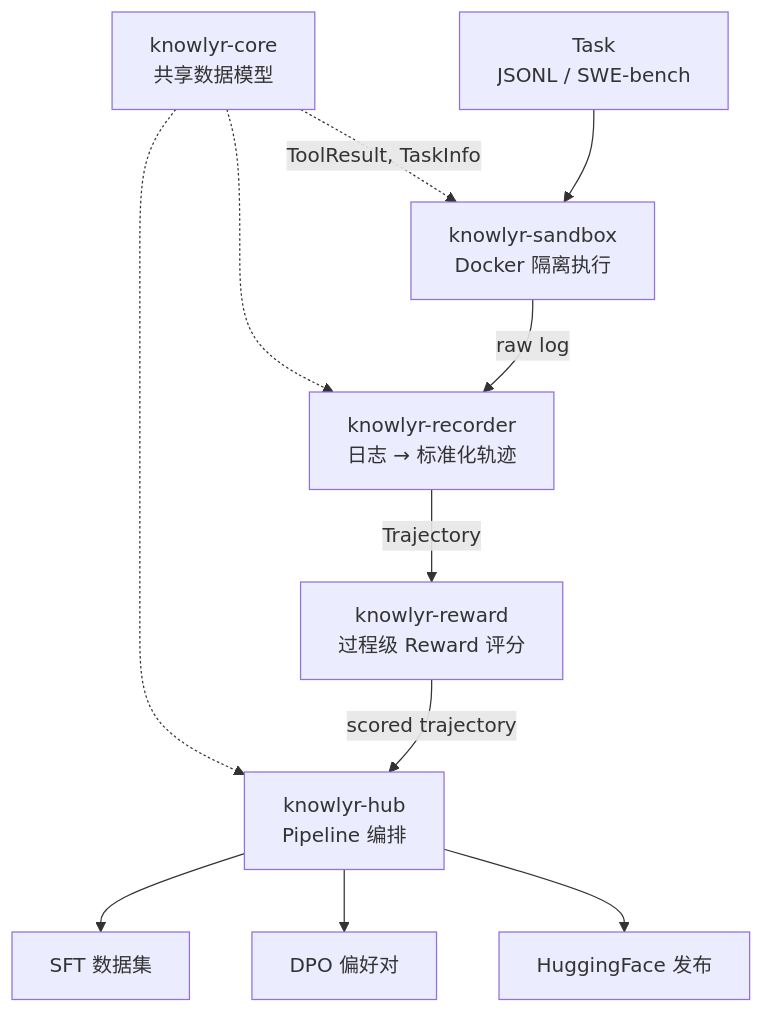
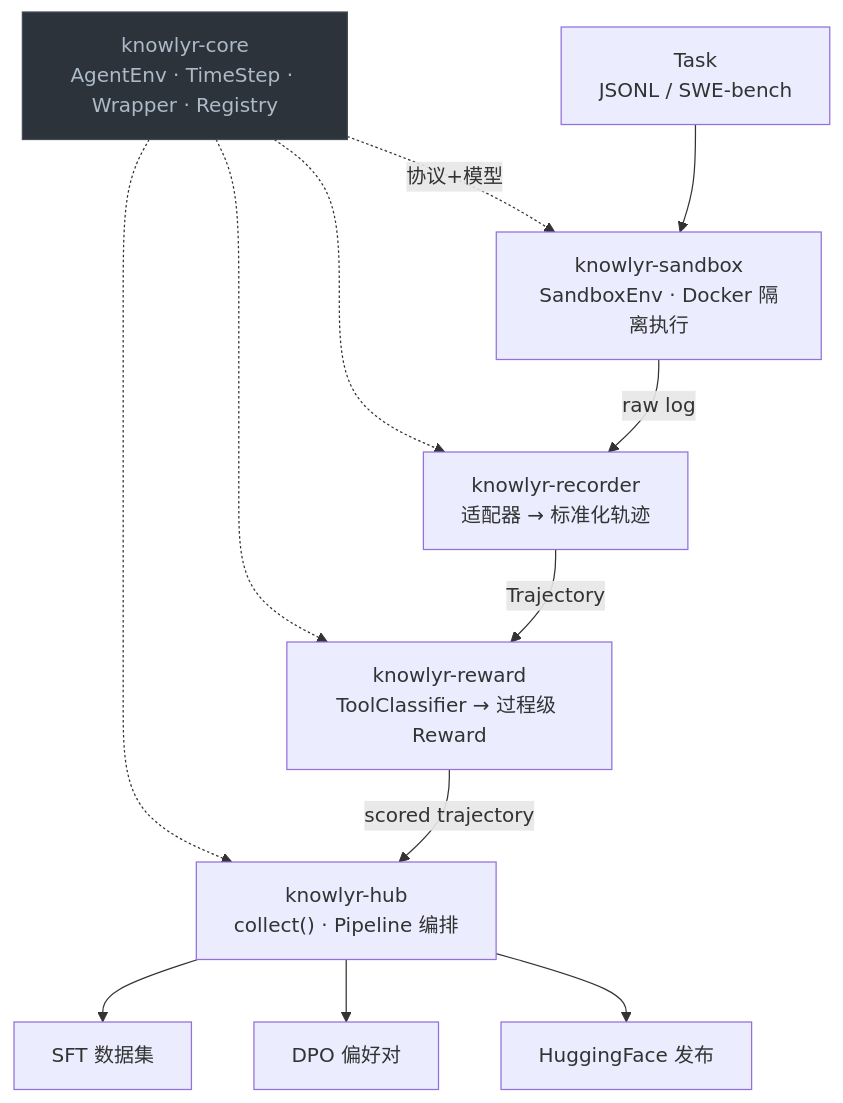
One commit to liuxiaotong/knowlyr-agent changed the first of 2 diagrams in README.md. Above: the diagram before and after it, drawn with Mermaid. The commit also changed other lines of this file and 33 other files, not shown here.

````diff
--- a/README.md
+++ b/README.md
@@ -26,13 +41,16 @@
 ```mermaid
 graph TD
-    C["knowlyr-core<br/>共享数据模型"] -.->|ToolResult, TaskInfo| S
+    C["knowlyr-core<br/>AgentEnv · TimeStep · Wrapper · Registry"] -.->|协议+模型| S
     C -.-> R
+    C -.-> W
     C -.-> H
-    T["Task<br/>JSONL / SWE-bench"] --> S["knowlyr-sandbox<br/>Docker 隔离执行"]
-    S -->|raw log| R["knowlyr-recorder<br/>日志 → 标准化轨迹"]
-    R -->|Trajectory| W["knowlyr-reward<br/>过程级 Reward 评分"]
-    W -->|scored trajectory| H["knowlyr-hub<br/>Pipeline 编排"]
+    T["Task<br/>JSONL / SWE-bench"] --> S["knowlyr-sandbox<br/>SandboxEnv · Docker 隔离执行"]
+    S -->|raw log| R["knowlyr-recorder<br/>适配器 → 标准化轨迹"]
+    R -->|Trajectory| W["knowlyr-reward<br/>ToolClassifier → 过程级 Reward"]
+    W -->|scored trajectory| H["knowlyr-hub<br/>collect() · Pipeline 编排"]
     H --> O1["SFT 数据集"]
     H --> O2["DPO 偏好对"]
     H --> O3["HuggingFace 发布"]
+
+    style C fill:#2d333b,color:#adbac7,stroke:#444c56
 ```
````
